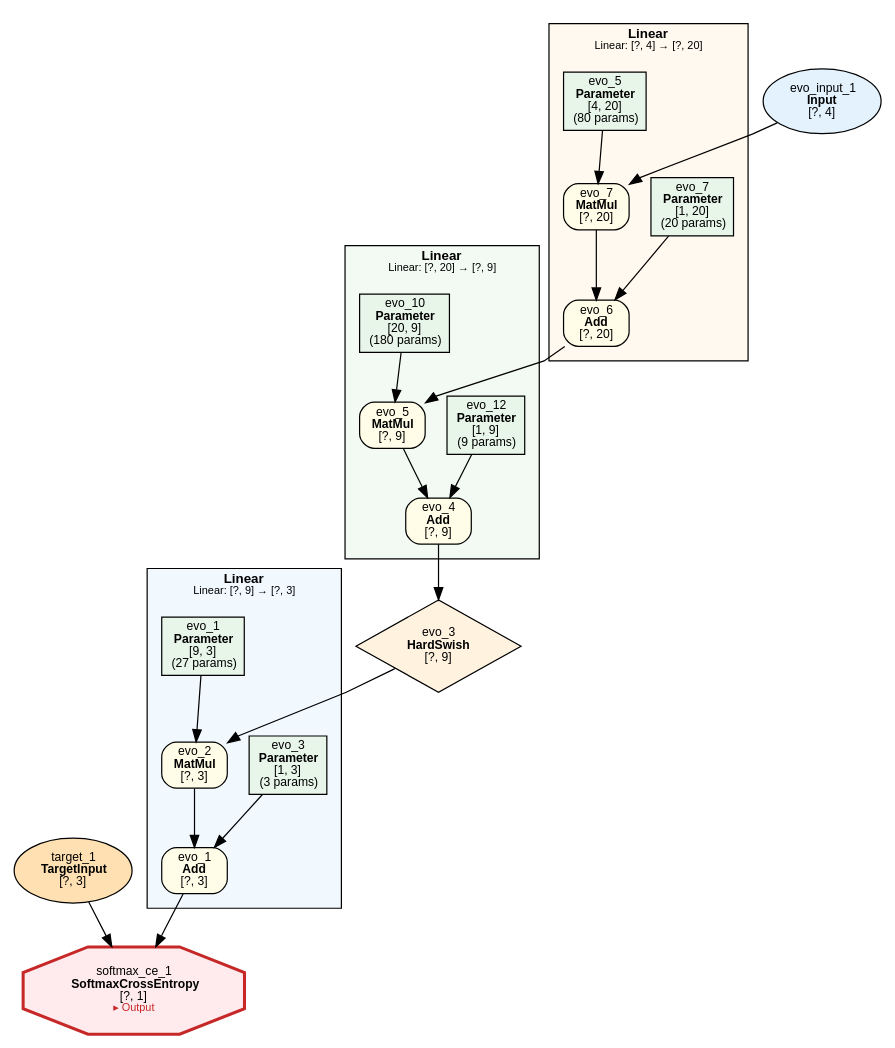
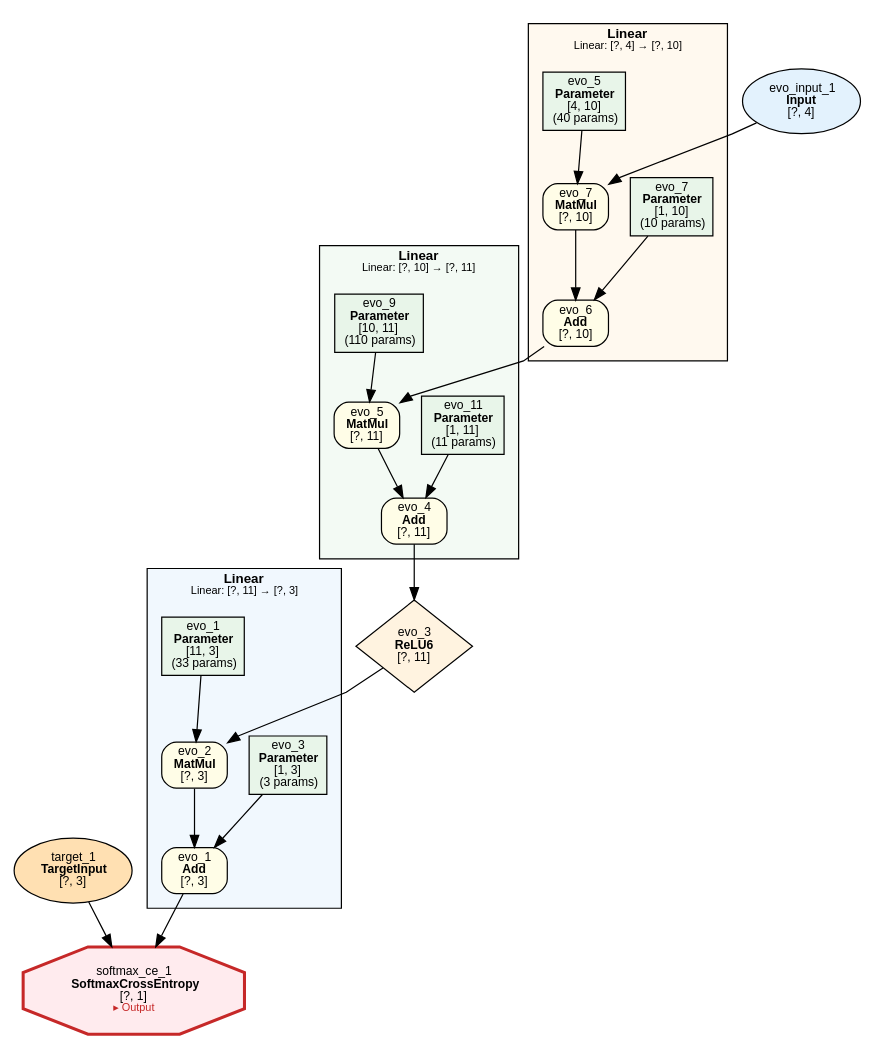
One commit to dbsxdbsx/only_torch changed the diagram in examples/evolution/iris/evolution_iris.dot. Above: the diagram before and after it, drawn with Graphviz. The commit also changed 32 other files, not shown here.

```diff
--- a/examples/evolution/iris/evolution_iris.dot
+++ b/examples/evolution/iris/evolution_iris.dot
@@ -1,67 +1,67 @@
 digraph ComputeGraph {
     rankdir=TB;
     newrank=true;
     splines=polyline;
     node [fontname="Microsoft YaHei,SimHei,Arial"];
     edge [fontname="Microsoft YaHei,SimHei,Arial"];
 
     subgraph cluster_group_linear_0 {
-        label=<<B>Linear</B><BR/><FONT POINT-SIZE="9">Linear: [?, 9] → [?, 3]</FONT>>;
+        label=<<B>Linear</B><BR/><FONT POINT-SIZE="9">Linear: [?, 11] → [?, 3]</FONT>>;
         style=filled;
         fillcolor="#E3F2FD80";
         fontname="Microsoft YaHei,SimHei,Arial";
         fontsize=11;
         margin=12;
             "2" [label=<evo_1<BR/><B>Add</B><BR/>[?, 3]> shape=box style="filled,rounded" fillcolor="#FFFDE7" fontsize=10];
             "4" [label=<evo_2<BR/><B>MatMul</B><BR/>[?, 3]> shape=box style="filled,rounded" fillcolor="#FFFDE7" fontsize=10];
             "5" [label=<evo_3<BR/><B>Parameter</B><BR/>[1, 3]<BR/>(3 params)> shape=box style=filled fillcolor="#E8F5E9" fontsize=10];
-            "7" [label=<evo_1<BR/><B>Parameter</B><BR/>[9, 3]<BR/>(27 params)> shape=box style=filled fillcolor="#E8F5E9" fontsize=10];
+            "7" [label=<evo_1<BR/><B>Parameter</B><BR/>[11, 3]<BR/>(33 params)> shape=box style=filled fillcolor="#E8F5E9" fontsize=10];
     }
 
     subgraph cluster_group_linear_2 {
-        label=<<B>Linear</B><BR/><FONT POINT-SIZE="9">Linear: [?, 20] → [?, 9]</FONT>>;
+        label=<<B>Linear</B><BR/><FONT POINT-SIZE="9">Linear: [?, 10] → [?, 11]</FONT>>;
         style=filled;
         fillcolor="#E8F5E980";
         fontname="Microsoft YaHei,SimHei,Arial";
         fontsize=11;
         margin=12;
-            "8" [label=<evo_4<BR/><B>Add</B><BR/>[?, 9]> shape=box style="filled,rounded" fillcolor="#FFFDE7" fontsize=10];
-            "9" [label=<evo_5<BR/><B>MatMul</B><BR/>[?, 9]> shape=box style="filled,rounded" fillcolor="#FFFDE7" fontsize=10];
-            "10" [label=<evo_12<BR/><B>Parameter</B><BR/>[1, 9]<BR/>(9 params)> shape=box style=filled fillcolor="#E8F5E9" fontsize=10];
-            "12" [label=<evo_10<BR/><B>Parameter</B><BR/>[20, 9]<BR/>(180 params)> shape=box style=filled fillcolor="#E8F5E9" fontsize=10];
+            "8" [label=<evo_4<BR/><B>Add</B><BR/>[?, 11]> shape=box style="filled,rounded" fillcolor="#FFFDE7" fontsize=10];
+            "9" [label=<evo_5<BR/><B>MatMul</B><BR/>[?, 11]> shape=box style="filled,rounded" fillcolor="#FFFDE7" fontsize=10];
+            "10" [label=<evo_11<BR/><B>Parameter</B><BR/>[1, 11]<BR/>(11 params)> shape=box style=filled fillcolor="#E8F5E9" fontsize=10];
+            "12" [label=<evo_9<BR/><B>Parameter</B><BR/>[10, 11]<BR/>(110 params)> shape=box style=filled fillcolor="#E8F5E9" fontsize=10];
     }
 
     subgraph cluster_group_linear_1 {
-        label=<<B>Linear</B><BR/><FONT POINT-SIZE="9">Linear: [?, 4] → [?, 20]</FONT>>;
+        label=<<B>Linear</B><BR/><FONT POINT-SIZE="9">Linear: [?, 4] → [?, 10]</FONT>>;
         style=filled;
         fillcolor="#FFF3E080";
         fontname="Microsoft YaHei,SimHei,Arial";
         fontsize=11;
         margin=12;
-            "11" [label=<evo_6<BR/><B>Add</B><BR/>[?, 20]> shape=box style="filled,rounded" fillcolor="#FFFDE7" fontsize=10];
-            "13" [label=<evo_7<BR/><B>MatMul</B><BR/>[?, 20]> shape=box style="filled,rounded" fillcolor="#FFFDE7" fontsize=10];
-            "14" [label=<evo_7<BR/><B>Parameter</B><BR/>[1, 20]<BR/>(20 params)> shape=box style=filled fillcolor="#E8F5E9" fontsize=10];
-            "16" [label=<evo_5<BR/><B>Parameter</B><BR/>[4, 20]<BR/>(80 params)> shape=box style=filled fillcolor="#E8F5E9" fontsize=10];
+            "11" [label=<evo_6<BR/><B>Add</B><BR/>[?, 10]> shape=box style="filled,rounded" fillcolor="#FFFDE7" fontsize=10];
+            "13" [label=<evo_7<BR/><B>MatMul</B><BR/>[?, 10]> shape=box style="filled,rounded" fillcolor="#FFFDE7" fontsize=10];
+            "14" [label=<evo_7<BR/><B>Parameter</B><BR/>[1, 10]<BR/>(10 params)> shape=box style=filled fillcolor="#E8F5E9" fontsize=10];
+            "16" [label=<evo_5<BR/><B>Parameter</B><BR/>[4, 10]<BR/>(40 params)> shape=box style=filled fillcolor="#E8F5E9" fontsize=10];
     }
 
     "1" [label=<softmax_ce_1<BR/><B>SoftmaxCrossEntropy</B><BR/>[?, 1]<BR/><FONT COLOR="#C62828" POINT-SIZE="9">▸ Output</FONT>> shape=octagon style=filled fillcolor="#FFEBEE" fontsize=10 penwidth=2.5 color="#C62828"];
     "3" [label=<target_1<BR/><B>TargetInput</B><BR/>[?, 3]> shape=ellipse style=filled fillcolor="#FFE0B2" fontsize=10];
-    "6" [label=<evo_3<BR/><B>HardSwish</B><BR/>[?, 9]> shape=diamond style=filled fillcolor="#FFF3E0" fontsize=10];
+    "6" [label=<evo_3<BR/><B>ReLU6</B><BR/>[?, 11]> shape=diamond style=filled fillcolor="#FFF3E0" fontsize=10];
     "15" [label=<evo_input_1<BR/><B>Input</B><BR/>[?, 4]> shape=ellipse style=filled fillcolor="#E3F2FD" fontsize=10];
 
     "2" -> "1";
     "3" -> "1";
     "4" -> "2";
     "5" -> "2";
     "6" -> "4";
     "7" -> "4";
     "8" -> "6";
     "9" -> "8";
     "10" -> "8";
     "11" -> "9";
     "12" -> "9";
     "13" -> "11";
     "14" -> "11";
     "15" -> "13";
     "16" -> "13";
 }
```
